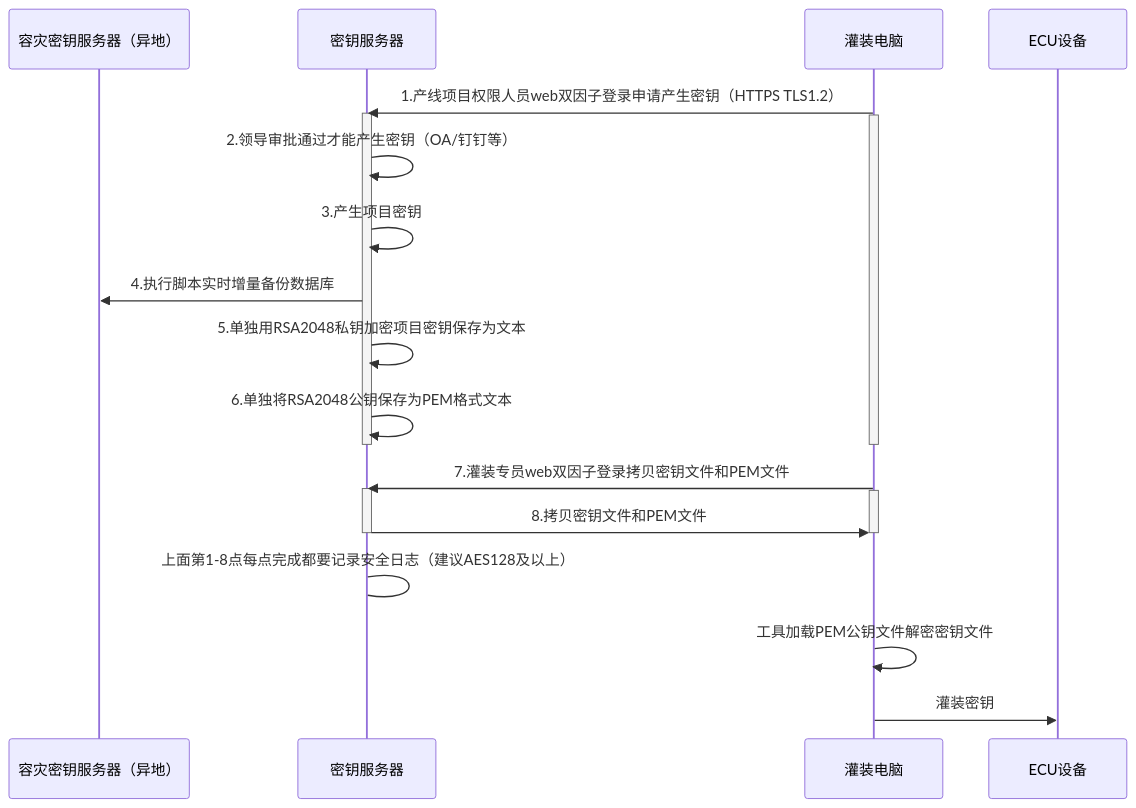
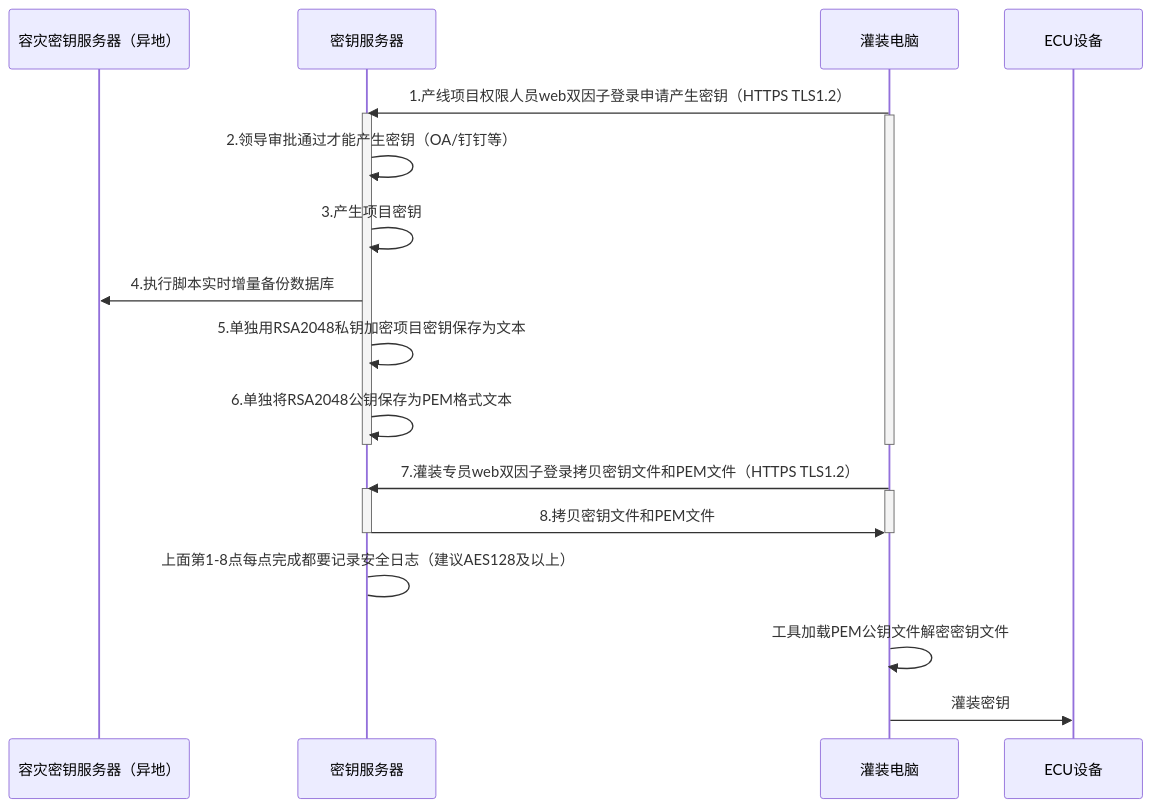
Before and after one commit to facebook-cloud/iodraw-files: the diagram in all/未命名-15.md, drawn with Mermaid.

Commit message:
2026-02-11 19:59:34 update

````diff
--- a/all/未命名-15.md
+++ b/all/未命名-15.md
@@ -1,32 +1,32 @@
 ```mermaid
 sequenceDiagram
     participant A as 容灾密钥服务器（异地）
     participant B as 密钥服务器
     participant D as 灌装电脑
     participant E as ECU设备
 
     
     D->>B: 1.产线项目权限人员web双因子登录申请产生密钥（HTTPS TLS1.2）
     activate B
     activate D
     B->>B: 2.领导审批通过才能产生密钥（OA/钉钉等）
     B->>B: 3.产生项目密钥
     B->>A: 4.执行脚本实时增量备份数据库
     B->>B: 5.单独用RSA2048私钥加密项目密钥保存为文本
     B->>B: 6.单独将RSA2048公钥保存为PEM格式文本
     deactivate B
     deactivate D
 
     
-    D->>B: 7.灌装专员web双因子登录拷贝密钥文件和PEM文件
+    D->>B: 7.灌装专员web双因子登录拷贝密钥文件和PEM文件（HTTPS TLS1.2）
     activate B
     activate D
     B->>D: 8.拷贝密钥文件和PEM文件
     deactivate B
     deactivate D
     B->B: 上面第1-8点每点完成都要记录安全日志（建议AES128及以上）
 
     D->>D:工具加载PEM公钥文件解密密钥文件
     
     D->>E: 灌装密钥
 ```
````
